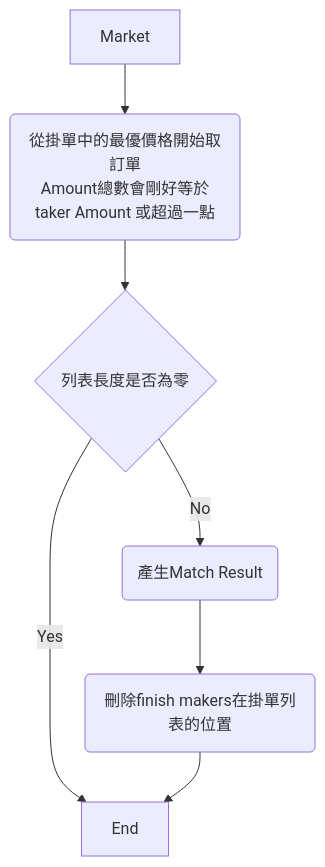
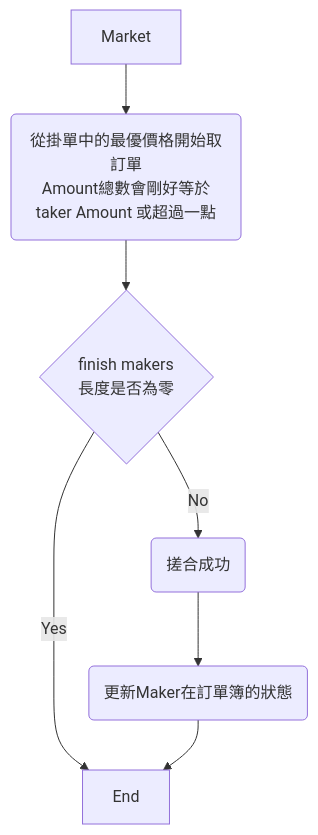
One commit to n960321/Trading-Engine changed the third of 3 diagrams in README.md. Above: the diagram before and after it, drawn with Mermaid. The commit also changed other lines of this file, not shown here.

````diff
--- a/README.md
+++ b/README.md
@@ -76,9 +79,9 @@
 ```mermaid
 flowchart TD
     Market --> sell(從掛單中的最優價格開始取訂單\nAmount總數會剛好等於taker Amount 或超過一點)
-    sell --> check_sell{列表長度是否為零}
+    sell --> check_sell{finish makers\n長度是否為零}
     check_sell -- Yes --> End
-    check_sell -- No --> match(產生Match Result)
-    match --> delete_maker(刪除finish makers在掛單列表的位置)
+    check_sell -- No --> match(搓合成功)
+    match --> delete_maker(更新Maker在訂單簿的狀態)
     delete_maker --> End 
 ```
````
